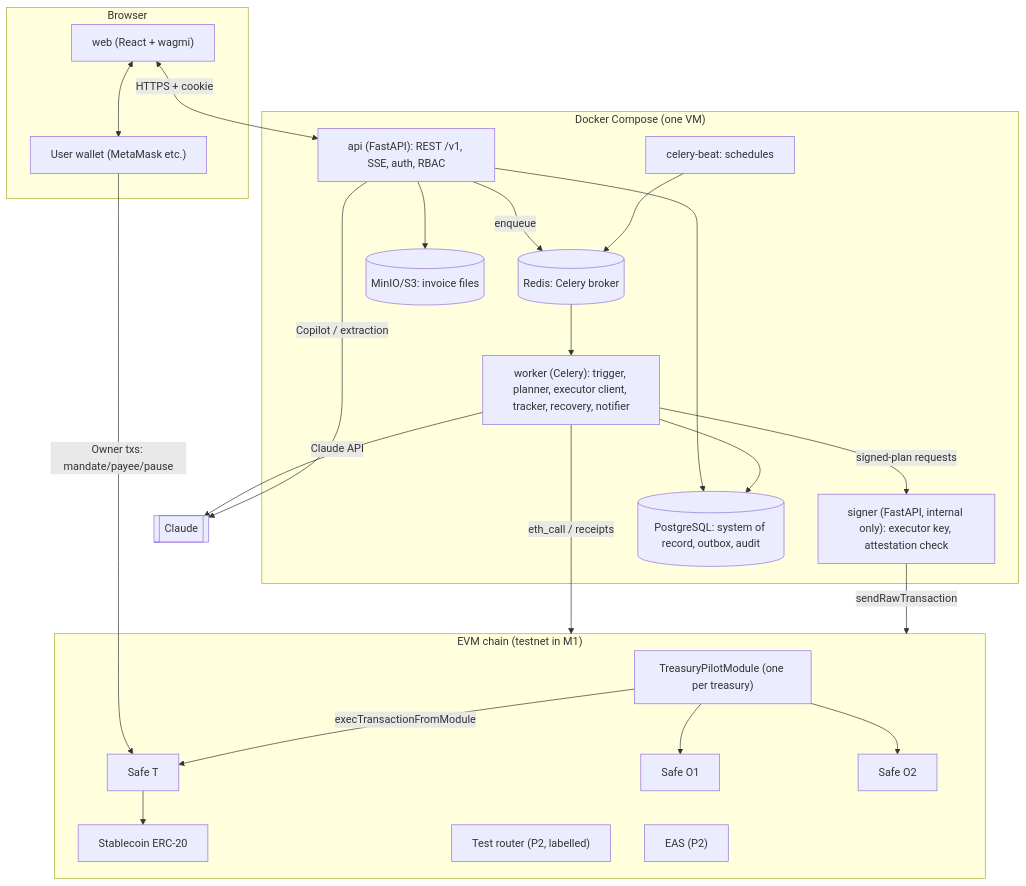
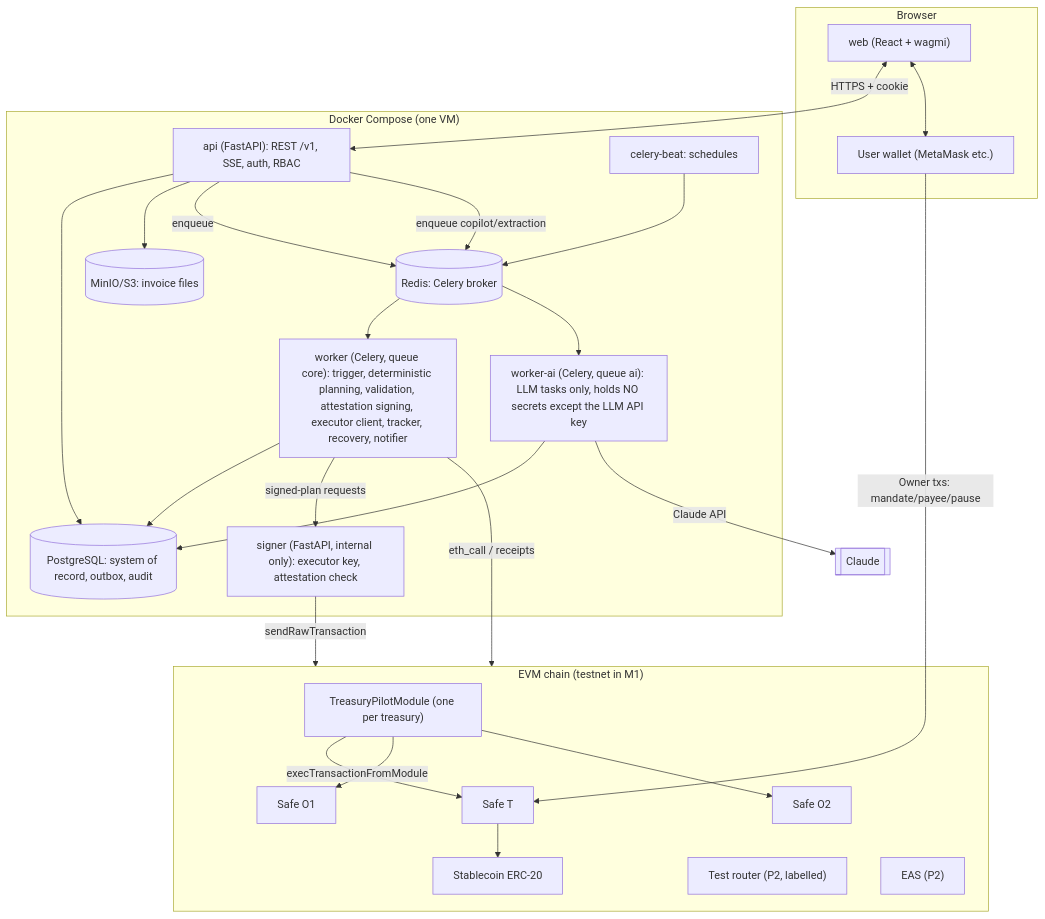
One commit to Nostidus4/TreasuryPilot changed the second of 3 diagrams in docs/SYSTEM_ARCHITECTURE.md. Above: the diagram before and after it, drawn with Mermaid. The commit also changed other lines of this file and 3 other files, not shown here.

Commit message:
docs: isolate LLM calls in worker-ai so no LLM process holds signing secrets

````diff
--- a/docs/SYSTEM_ARCHITECTURE.md
+++ b/docs/SYSTEM_ARCHITECTURE.md
@@ -47,43 +47,46 @@
 ```mermaid
 flowchart TB
   subgraph Browser
     WEB["web (React + wagmi)"]
     WAL["User wallet (MetaMask etc.)"]
   end
   subgraph VM["Docker Compose (one VM)"]
     API["api (FastAPI): REST /v1, SSE, auth, RBAC"]
-    WK["worker (Celery): trigger, planner, executor client, tracker, recovery, notifier"]
+    WK["worker (Celery, queue core): trigger, deterministic planning, validation, attestation signing, executor client, tracker, recovery, notifier"]
+    WAI["worker-ai (Celery, queue ai): LLM tasks only, holds NO secrets except the LLM API key"]
     BEAT["celery-beat: schedules"]
     SG["signer (FastAPI, internal only): executor key, attestation check"]
     PG[("PostgreSQL: system of record, outbox, audit")]
     RD[("Redis: Celery broker")]
     S3[("MinIO/S3: invoice files")]
   end
   subgraph Chain["EVM chain (testnet in M1)"]
     MOD["TreasuryPilotModule (one per treasury)"]
     ST["Safe T"]
     S1["Safe O1"]
     S2["Safe O2"]
     TOK["Stablecoin ERC-20"]
     RT["Test router (P2, labelled)"]
     EAS["EAS (P2)"]
   end
   WEB <-->|HTTPS + cookie| API
   WEB <--> WAL
   WAL -->|Owner txs: mandate/payee/pause| ST
   API --> PG
   API --> S3
   API -->|enqueue| RD
   BEAT --> RD
   RD --> WK
   WK --> PG
   WK -->|signed-plan requests| SG
   WK -->|eth_call / receipts| Chain
   SG -->|sendRawTransaction| Chain
   MOD -->|execTransactionFromModule| ST
   MOD --> S1
   MOD --> S2
   ST --> TOK
-  WK -->|Claude API| LLMX[[Claude]]
-  API -->|Copilot / extraction| LLMX
+  RD --> WAI
+  WAI --> PG
+  WAI -->|Claude API| LLMX[[Claude]]
+  API -->|enqueue copilot/extraction| RD
 ```
````
